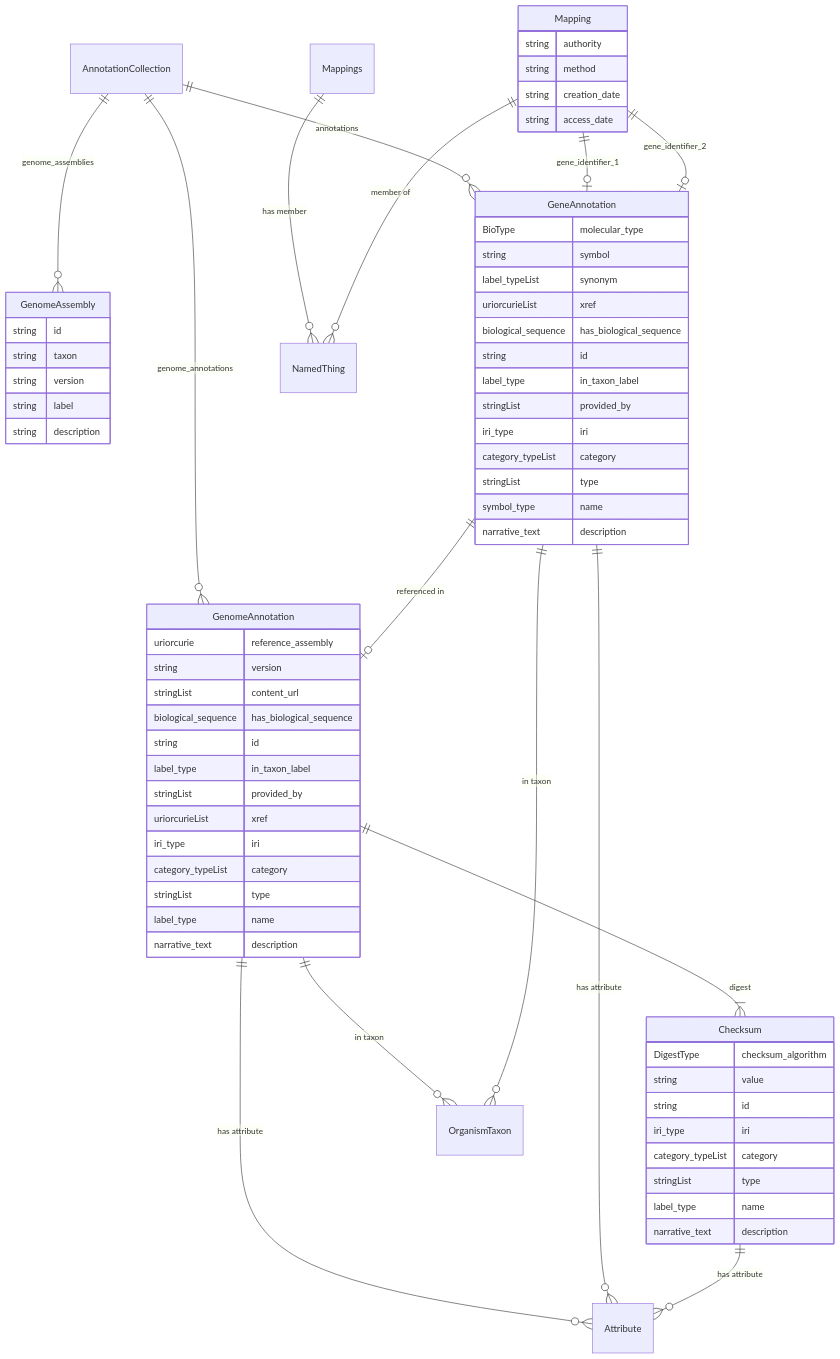
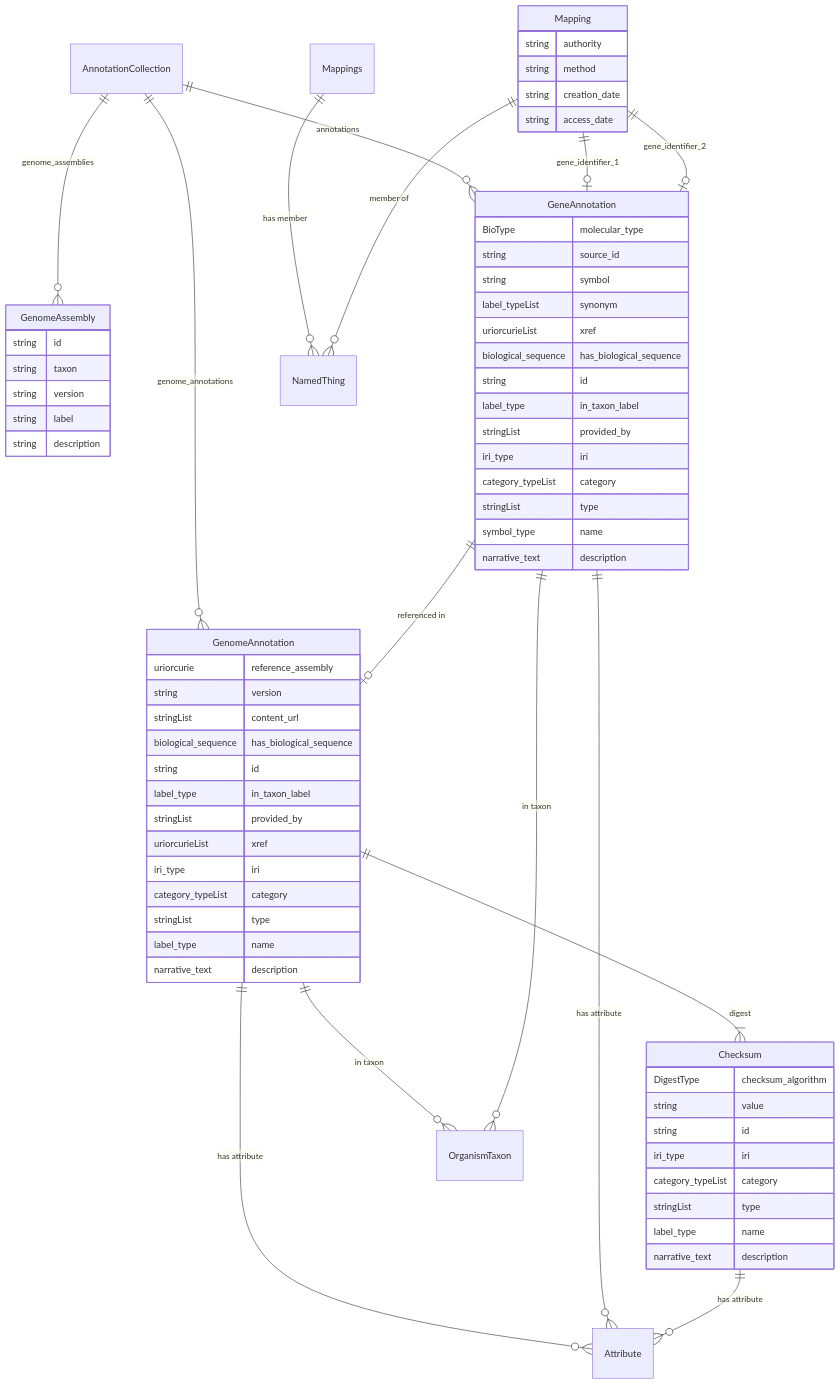
The diagram in erdiagram-autogen/kbmodel.md (brain-bican/models), drawn with Mermaid before and after one commit. The commit also changed 5 other files, not shown here.

````diff
--- a/erdiagram-autogen/kbmodel.md
+++ b/erdiagram-autogen/kbmodel.md
@@ -1,78 +1,79 @@
 ```mermaid
 erDiagram
 AnnotationCollection {
 
 }
 GenomeAssembly {
     string id  
     string taxon  
     string version  
     string label  
     string description  
 }
 GenomeAnnotation {
     uriorcurie reference_assembly  
     string version  
     stringList content_url  
     biological_sequence has_biological_sequence  
     string id  
     label_type in_taxon_label  
     stringList provided_by  
     uriorcurieList xref  
     iri_type iri  
     category_typeList category  
     stringList type  
     label_type name  
     narrative_text description  
 }
 GeneAnnotation {
     BioType molecular_type  
+    string source_id  
     string symbol  
     label_typeList synonym  
     uriorcurieList xref  
     biological_sequence has_biological_sequence  
     string id  
     label_type in_taxon_label  
     stringList provided_by  
     iri_type iri  
     category_typeList category  
     stringList type  
     symbol_type name  
     narrative_text description  
 }
 Mappings {
 
 }
 Mapping {
     string authority  
     string method  
     string creation_date  
     string access_date  
 }
 Checksum {
     DigestType checksum_algorithm  
     string value  
     string id  
     iri_type iri  
     category_typeList category  
     stringList type  
     label_type name  
     narrative_text description  
 }
 
 AnnotationCollection ||--}o GeneAnnotation : "annotations"
 AnnotationCollection ||--}o GenomeAnnotation : "genome_annotations"
 AnnotationCollection ||--}o GenomeAssembly : "genome_assemblies"
 GenomeAnnotation ||--}| Checksum : "digest"
 GenomeAnnotation ||--}o OrganismTaxon : "in taxon"
 GenomeAnnotation ||--}o Attribute : "has attribute"
 GeneAnnotation ||--|o GenomeAnnotation : "referenced in"
 GeneAnnotation ||--}o OrganismTaxon : "in taxon"
 GeneAnnotation ||--}o Attribute : "has attribute"
 Mappings ||--}o NamedThing : "has member"
 Mapping ||--|o GeneAnnotation : "gene_identifier_1"
 Mapping ||--|o GeneAnnotation : "gene_identifier_2"
 Mapping ||--}o NamedThing : "member of"
 Checksum ||--}o Attribute : "has attribute"
 
 ```
````
